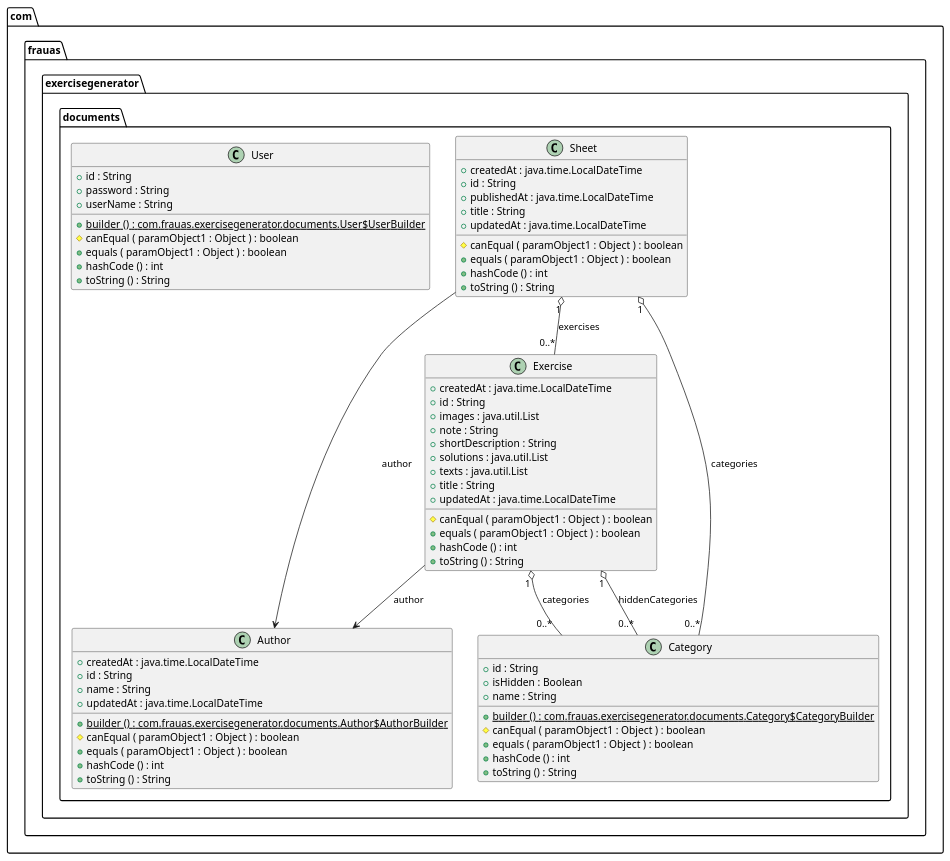
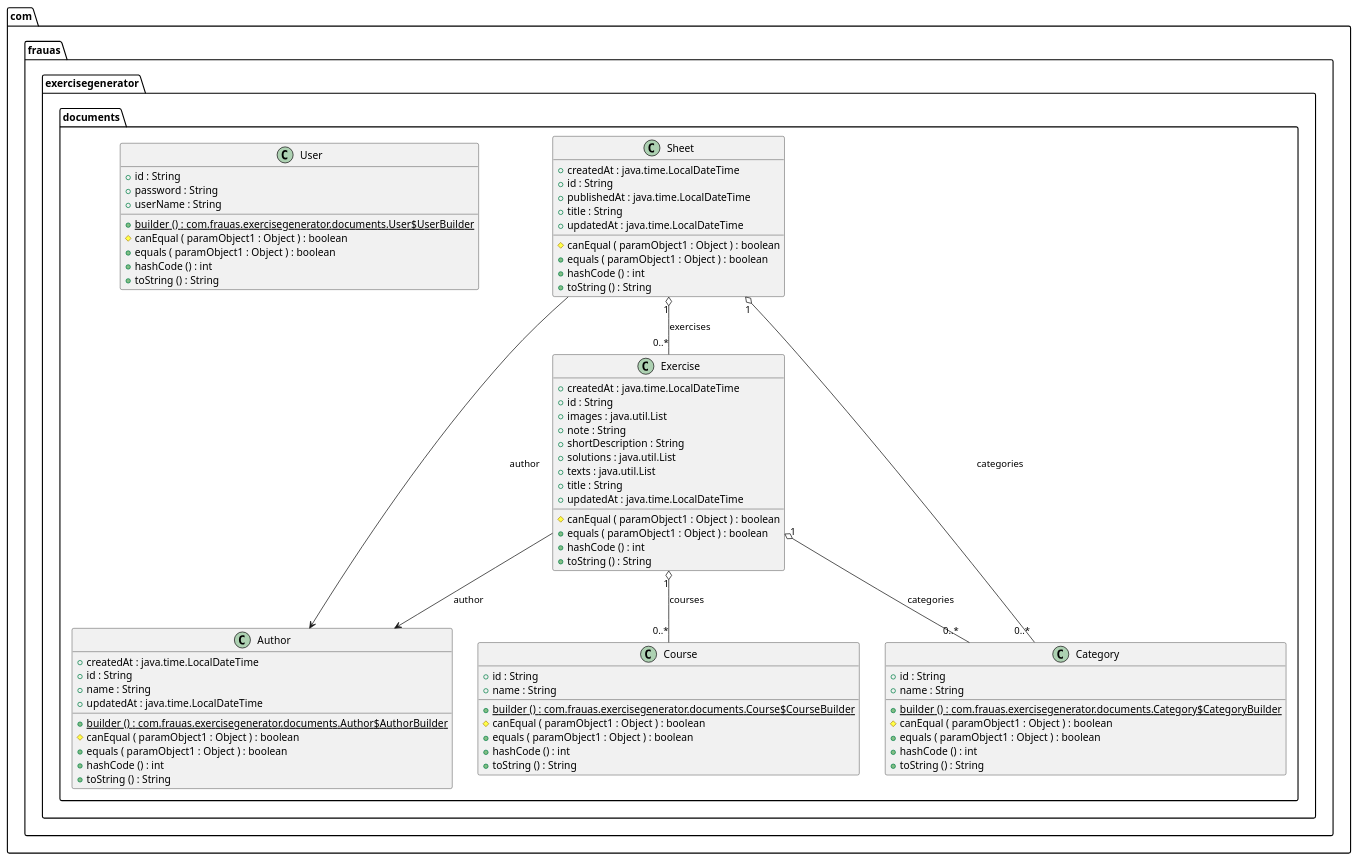
The diagram in doc/diagram.puml (CarlaHofmann/exercise-generator-be), drawn with PlantUML before and after one commit. The commit also changed 11 other files, not shown here.

Commit message:
feat: swap out hidden categories for courses

```diff
--- a/doc/diagram.puml
+++ b/doc/diagram.puml
@@ -1,80 +1,90 @@
 @startuml
 
 class com.frauas.exercisegenerator.documents.Author {
 	{field} +createdAt : java.time.LocalDateTime
 	{field} +id : String
 	{field} +name : String
 	{field} +updatedAt : java.time.LocalDateTime
 	{method}  {static} +builder () : com.frauas.exercisegenerator.documents.Author$AuthorBuilder
 	{method} #canEqual ( paramObject1 : Object ) : boolean
 	{method} +equals ( paramObject1 : Object ) : boolean
 	{method} +hashCode () : int
 	{method} +toString () : String
 }
 
 
 class com.frauas.exercisegenerator.documents.Category {
 	{field} +id : String
-	{field} +isHidden : Boolean
 	{field} +name : String
 	{method}  {static} +builder () : com.frauas.exercisegenerator.documents.Category$CategoryBuilder
+	{method} #canEqual ( paramObject1 : Object ) : boolean
+	{method} +equals ( paramObject1 : Object ) : boolean
+	{method} +hashCode () : int
+	{method} +toString () : String
+}
+
+
+class com.frauas.exercisegenerator.documents.Course {
+	{field} +id : String
+	{field} +name : String
+	{method}  {static} +builder () : com.frauas.exercisegenerator.documents.Course$CourseBuilder
 	{method} #canEqual ( paramObject1 : Object ) : boolean
 	{method} +equals ( paramObject1 : Object ) : boolean
 	{method} +hashCode () : int
 	{method} +toString () : String
 }
 
 
 class com.frauas.exercisegenerator.documents.Exercise {
 	{field} +createdAt : java.time.LocalDateTime
 	{field} +id : String
 	{field} +images : java.util.List
 	{field} +note : String
 	{field} +shortDescription : String
 	{field} +solutions : java.util.List
 	{field} +texts : java.util.List
 	{field} +title : String
 	{field} +updatedAt : java.time.LocalDateTime
 	{method} #canEqual ( paramObject1 : Object ) : boolean
 	{method} +equals ( paramObject1 : Object ) : boolean
 	{method} +hashCode () : int
 	{method} +toString () : String
 }
 
 
 class com.frauas.exercisegenerator.documents.Sheet {
 	{field} +createdAt : java.time.LocalDateTime
 	{field} +id : String
 	{field} +publishedAt : java.time.LocalDateTime
 	{field} +title : String
 	{field} +updatedAt : java.time.LocalDateTime
 	{method} #canEqual ( paramObject1 : Object ) : boolean
 	{method} +equals ( paramObject1 : Object ) : boolean
 	{method} +hashCode () : int
 	{method} +toString () : String
 }
 
 
 class com.frauas.exercisegenerator.documents.User {
 	{field} +id : String
 	{field} +password : String
 	{field} +userName : String
 	{method}  {static} +builder () : com.frauas.exercisegenerator.documents.User$UserBuilder
 	{method} #canEqual ( paramObject1 : Object ) : boolean
 	{method} +equals ( paramObject1 : Object ) : boolean
 	{method} +hashCode () : int
 	{method} +toString () : String
 }
 
 
 
 
 com.frauas.exercisegenerator.documents.Exercise "1" o-- "0..*"  com.frauas.exercisegenerator.documents.Category : categories
-com.frauas.exercisegenerator.documents.Exercise "1" o-- "0..*"  com.frauas.exercisegenerator.documents.Category : hiddenCategories
+com.frauas.exercisegenerator.documents.Exercise "1" o-- "0..*"  com.frauas.exercisegenerator.documents.Course : courses
 com.frauas.exercisegenerator.documents.Exercise -->  com.frauas.exercisegenerator.documents.Author : author
 com.frauas.exercisegenerator.documents.Sheet "1" o-- "0..*"  com.frauas.exercisegenerator.documents.Category : categories
 com.frauas.exercisegenerator.documents.Sheet "1" o-- "0..*"  com.frauas.exercisegenerator.documents.Exercise : exercises
 com.frauas.exercisegenerator.documents.Sheet -->  com.frauas.exercisegenerator.documents.Author : author
 
 
 @enduml
```
